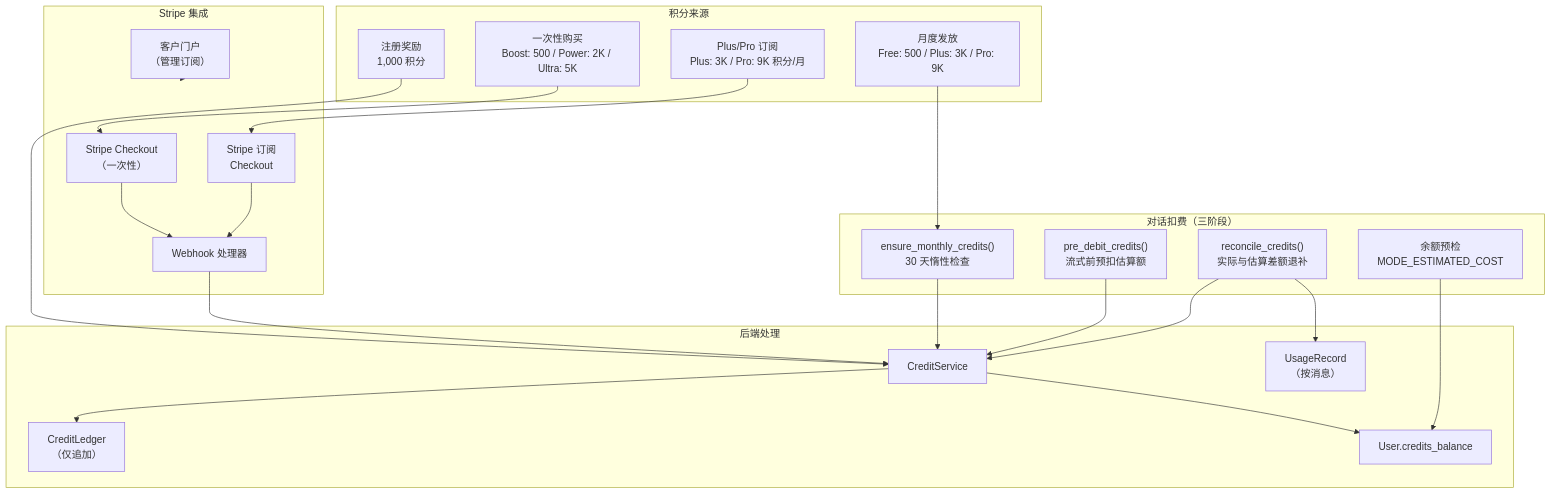
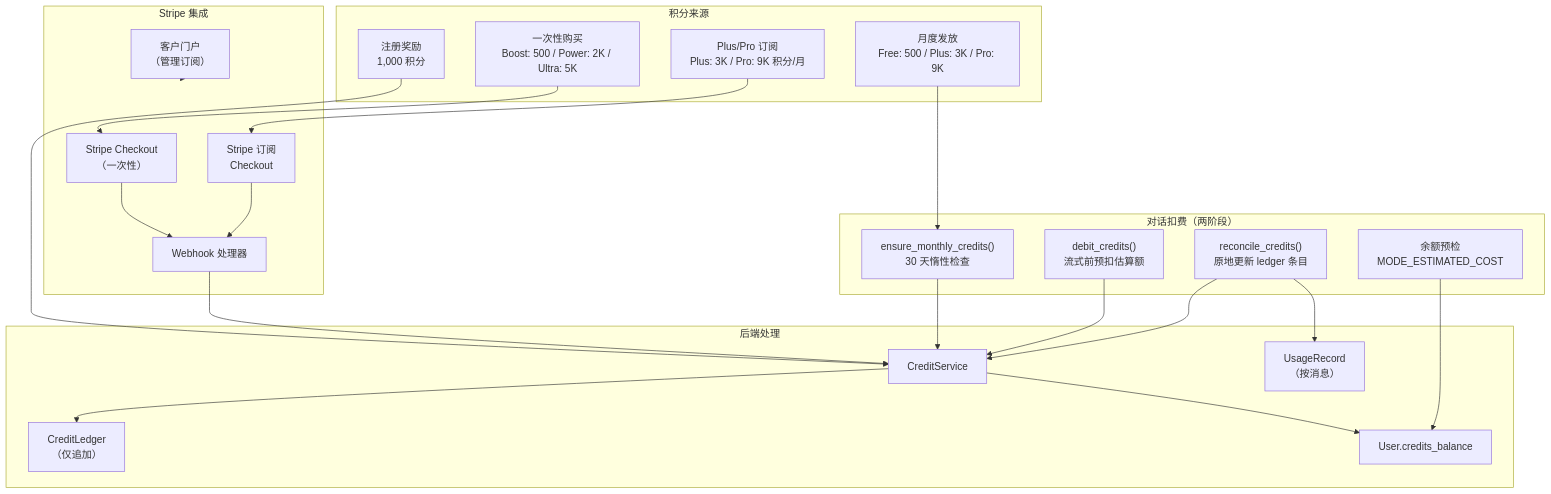
The fifth of 8 diagrams in docs/ARCHITECTURE.zh.md (Rswcf/DocTalk), drawn with Mermaid before and after one commit. The commit also changed other lines of this file and 2 other files, not shown here.

Commit message:
docs: update credit system docs for single-ledger-entry consolidation
Three-phase → two-phase debit, reconcile updates entry in-place,
LLM failure deletes entry. Updated CLAUDE.md, ARCHITECTURE.md/zh.

````diff
--- a/docs/ARCHITECTURE.zh.md
+++ b/docs/ARCHITECTURE.zh.md
@@ -257,45 +257,45 @@
 ```mermaid
 flowchart TB
     subgraph Sources["积分来源"]
         Signup["注册奖励<br/>1,000 积分"]
         Monthly["月度发放<br/>Free: 500 / Plus: 3K / Pro: 9K"]
         Purchase["一次性购买<br/>Boost: 500 / Power: 2K / Ultra: 5K"]
         Subscription["Plus/Pro 订阅<br/>Plus: 3K / Pro: 9K 积分/月"]
     end
 
     subgraph Stripe["Stripe 集成"]
         Checkout["Stripe Checkout<br/>（一次性）"]
         SubCheckout["Stripe 订阅<br/>Checkout"]
         Portal["客户门户<br/>（管理订阅）"]
         Webhook["Webhook 处理器"]
     end
 
     subgraph Backend["后端处理"]
         CreditService["CreditService"]
         Ledger["CreditLedger<br/>（仅追加）"]
         Balance["User.credits_balance"]
         UsageRecord["UsageRecord<br/>（按消息）"]
     end
 
-    subgraph Chat["对话扣费（三阶段）"]
+    subgraph Chat["对话扣费（两阶段）"]
         EnsureMonthly["ensure_monthly_credits()<br/>30 天惰性检查"]
         PreCheck["余额预检<br/>MODE_ESTIMATED_COST"]
-        PreDebit["pre_debit_credits()<br/>流式前预扣估算额"]
-        Reconcile["reconcile_credits()<br/>实际与估算差额退补"]
+        PreDebit["debit_credits()<br/>流式前预扣估算额"]
+        Reconcile["reconcile_credits()<br/>原地更新 ledger 条目"]
     end
 
     Signup --> CreditService
     Monthly --> EnsureMonthly
     Purchase --> Checkout --> Webhook --> CreditService
     Subscription --> SubCheckout --> Webhook
     Portal --> Stripe
 
     CreditService --> Ledger
     CreditService --> Balance
 
     EnsureMonthly --> CreditService
     PreCheck --> Balance
     PreDebit --> CreditService
     Reconcile --> CreditService
     Reconcile --> UsageRecord
 ```
````
